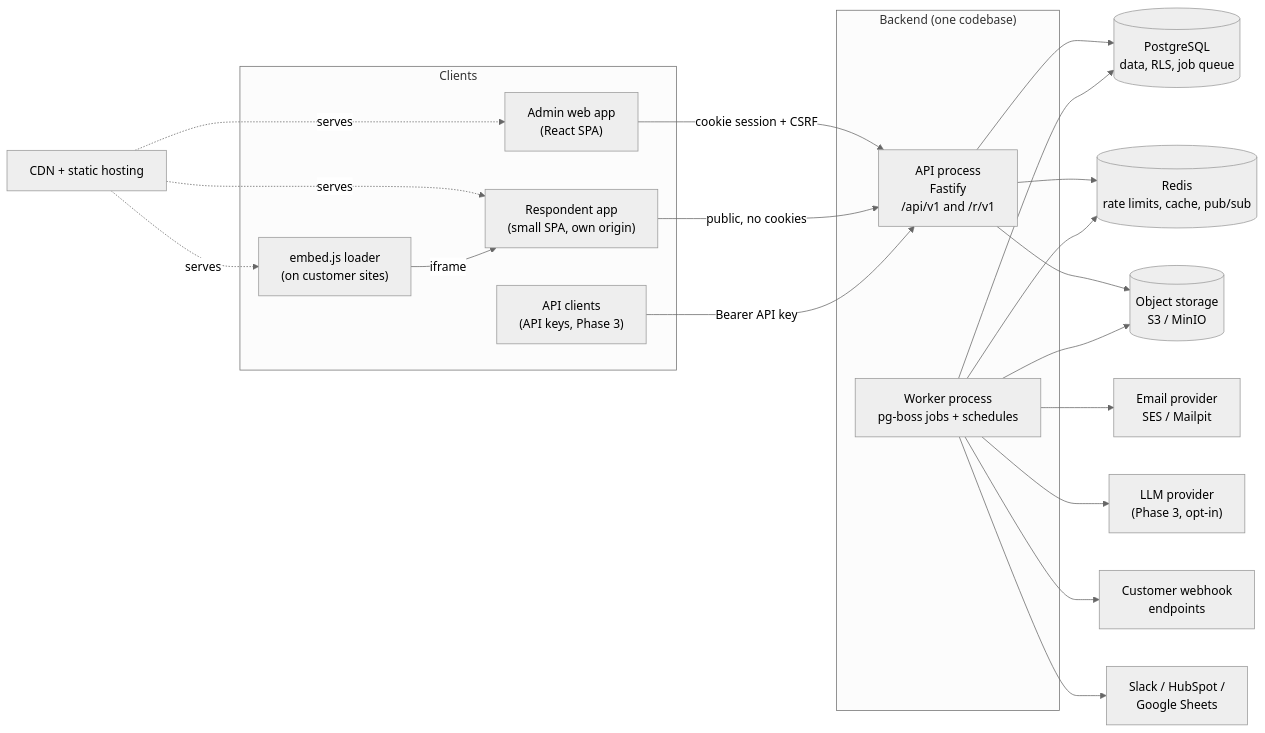
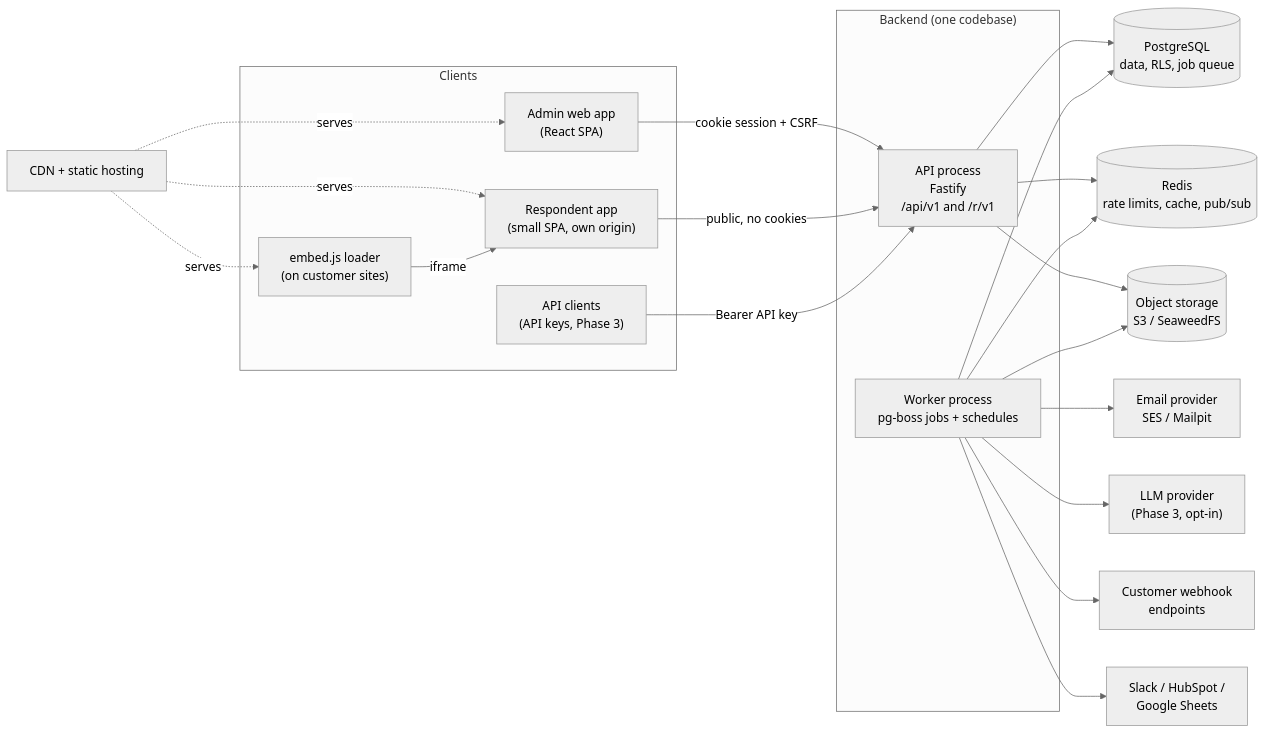
The first of 3 diagrams in docs/01-architecture.md (Gvo87/Survey-Management), drawn with Mermaid (neutral theme) before and after one commit. The commit also changed other lines of this file and 78 other files, not shown here.

````diff
--- a/docs/01-architecture.md
+++ b/docs/01-architecture.md
@@ -37,44 +37,44 @@
 ```mermaid
 flowchart LR
   subgraph Clients
     ADM["Admin web app<br/>(React SPA)"]
     RSP["Respondent app<br/>(small SPA, own origin)"]
     EMB["embed.js loader<br/>(on customer sites)"]
     EXT["API clients<br/>(API keys, Phase 3)"]
   end
 
   CDN["CDN + static hosting"]
 
   subgraph Backend["Backend (one codebase)"]
     API["API process<br/>Fastify<br/>/api/v1 and /r/v1"]
     WRK["Worker process<br/>pg-boss jobs + schedules"]
   end
 
   PG[("PostgreSQL<br/>data, RLS, job queue")]
   RD[("Redis<br/>rate limits, cache, pub/sub")]
-  S3[("Object storage<br/>S3 / MinIO")]
+  S3[("Object storage<br/>S3 / SeaweedFS")]
   MAIL["Email provider<br/>SES / Mailpit"]
   LLM["LLM provider<br/>(Phase 3, opt-in)"]
   HOOKS["Customer webhook<br/>endpoints"]
   SAAS["Slack / HubSpot /<br/>Google Sheets"]
 
   CDN -. serves .-> ADM
   CDN -. serves .-> RSP
   CDN -. serves .-> EMB
   EMB -- "iframe" --> RSP
 
   ADM -- "cookie session + CSRF" --> API
   RSP -- "public, no cookies" --> API
   EXT -- "Bearer API key" --> API
 
   API --> PG
   API --> RD
   API --> S3
   WRK --> PG
   WRK --> RD
   WRK --> S3
   WRK --> MAIL
   WRK --> LLM
   WRK --> HOOKS
   WRK --> SAAS
 ```
````
